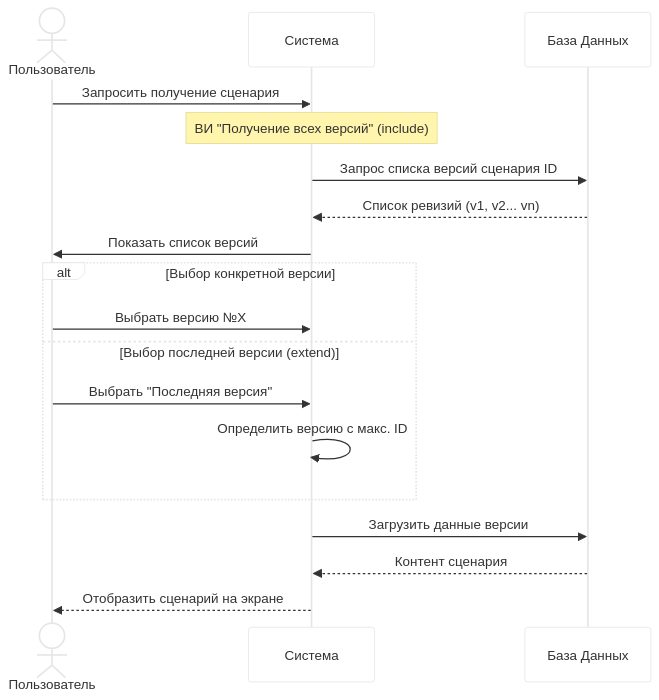
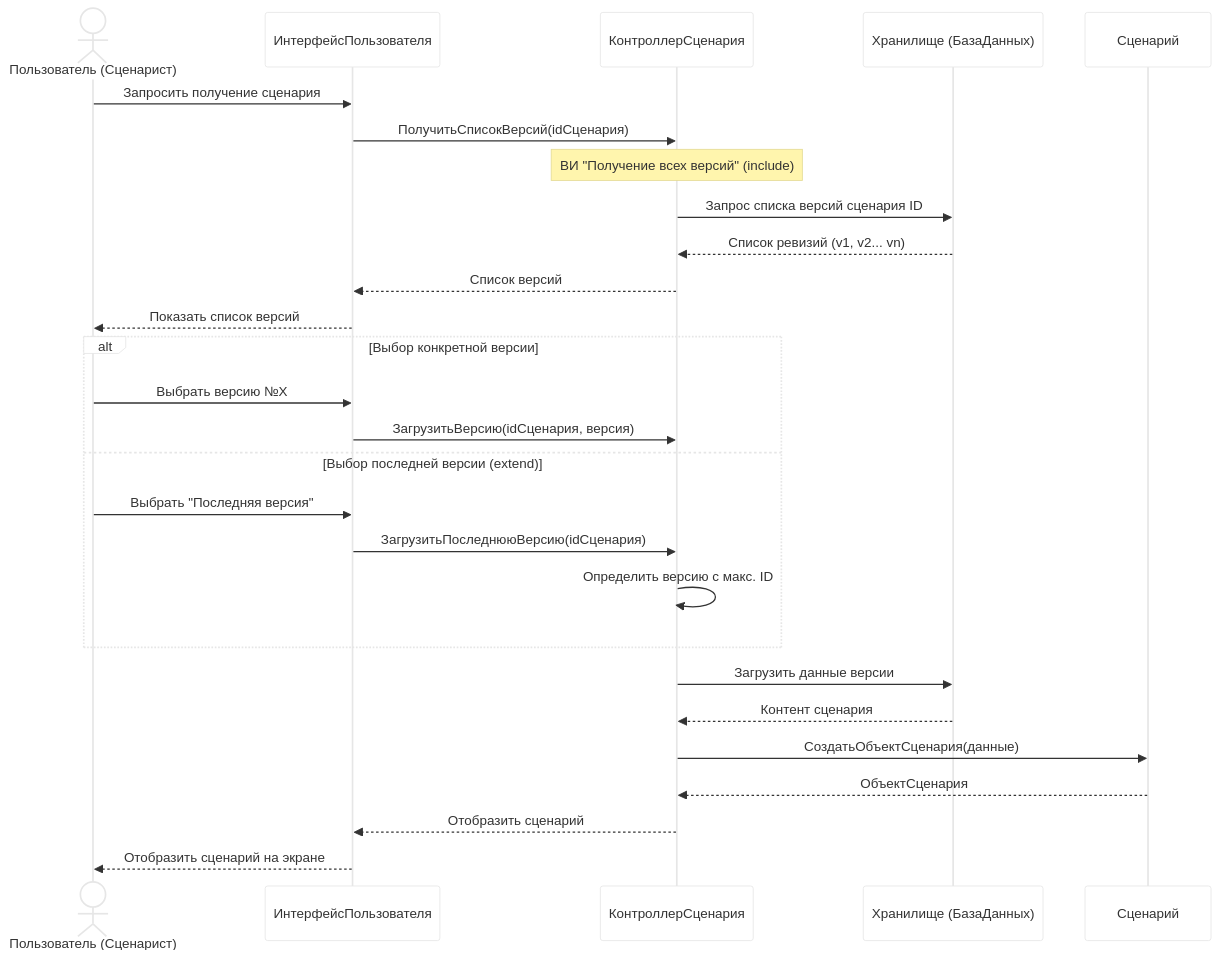
One commit to CHSU-scenarAIst/diagrammy changed the second of 3 diagrams in Диаграмма последовательностей взаимодействия объектов классов.md. Above: the diagram before and after it, drawn with Mermaid. The commit also changed other lines of this file and 3 other files, not shown here.

````diff
--- a/Диаграмма последовательностей взаимодействия объектов классов.md
+++ b/Диаграмма последовательностей взаимодействия объектов классов.md
@@ -26,26 +32,35 @@
 ```mermaid
 %%{init: {'theme': 'base', 'themeVariables': { 'primaryColor': '#fff', 'edgeColor': '#000', 'lineColor': '#000'}}}%%
 sequenceDiagram
-    actor User as Пользователь
-    participant System as Система
-    participant DB as База Данных
+    actor User as Пользователь (Сценарист)
+    participant UI as ИнтерфейсПользователя
+    participant Controller as КонтроллерСценария
+    participant Storage as Хранилище (БазаДанных)
+    participant Scenario as Сценарий
 
-    User->>System: Запросить получение сценария
+    User->>UI: Запросить получение сценария
+    UI->>Controller: ПолучитьСписокВерсий(idСценария)
     
-    Note over System: ВИ "Получение всех версий" (include)
-    System->>DB: Запрос списка версий сценария ID
-    DB-->>System: Список ревизий (v1, v2... vn)
-    
-    System->>User: Показать список версий
+    Note over Controller: ВИ "Получение всех версий" (include)
+    Controller->>Storage: Запрос списка версий сценария ID
+    Storage-->>Controller: Список ревизий (v1, v2... vn)
+    Controller-->>UI: Список версий
+    UI-->>User: Показать список версий
     
     alt Выбор конкретной версии
-        User->>System: Выбрать версию №X
+        User->>UI: Выбрать версию №X
+        UI->>Controller: ЗагрузитьВерсию(idСценария, версия)
     else Выбор последней версии (extend)
-        User->>System: Выбрать "Последняя версия"
-        System->>System: Определить версию с макс. ID
+        User->>UI: Выбрать "Последняя версия"
+        UI->>Controller: ЗагрузитьПоследнююВерсию(idСценария)
+        Controller->>Controller: Определить версию с макс. ID
     end
+    
+    Controller->>Storage: Загрузить данные версии
+    Storage-->>Controller: Контент сценария
+    Controller->>Scenario: СоздатьОбъектСценария(данные)
+    Scenario-->>Controller: ОбъектСценария
+    Controller-->>UI: Отобразить сценарий
+    UI-->>User: Отобразить сценарий на экране
 
-    System->>DB: Загрузить данные версии
-    DB-->>System: Контент сценария
-    System-->>User: Отобразить сценарий на экране
 ```
````
